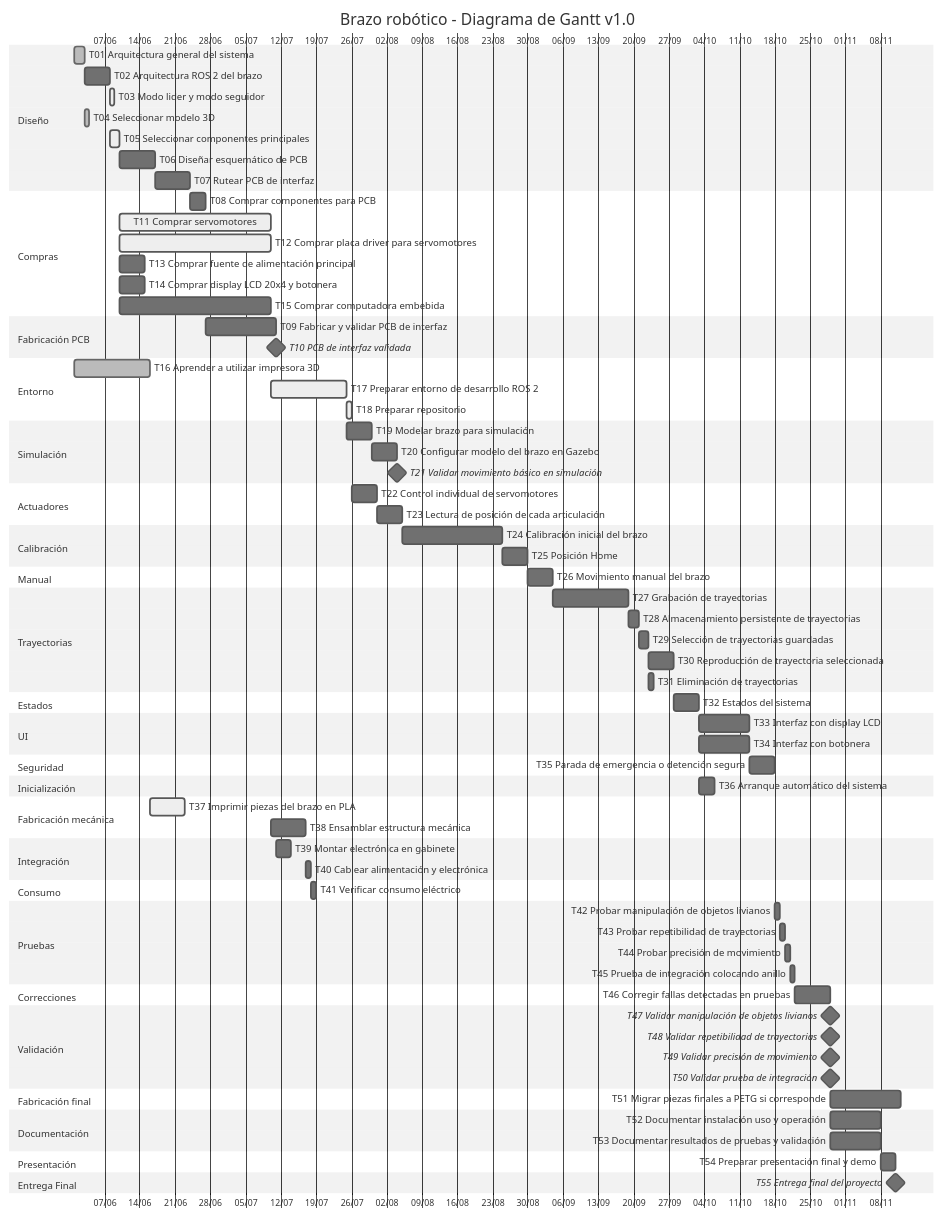
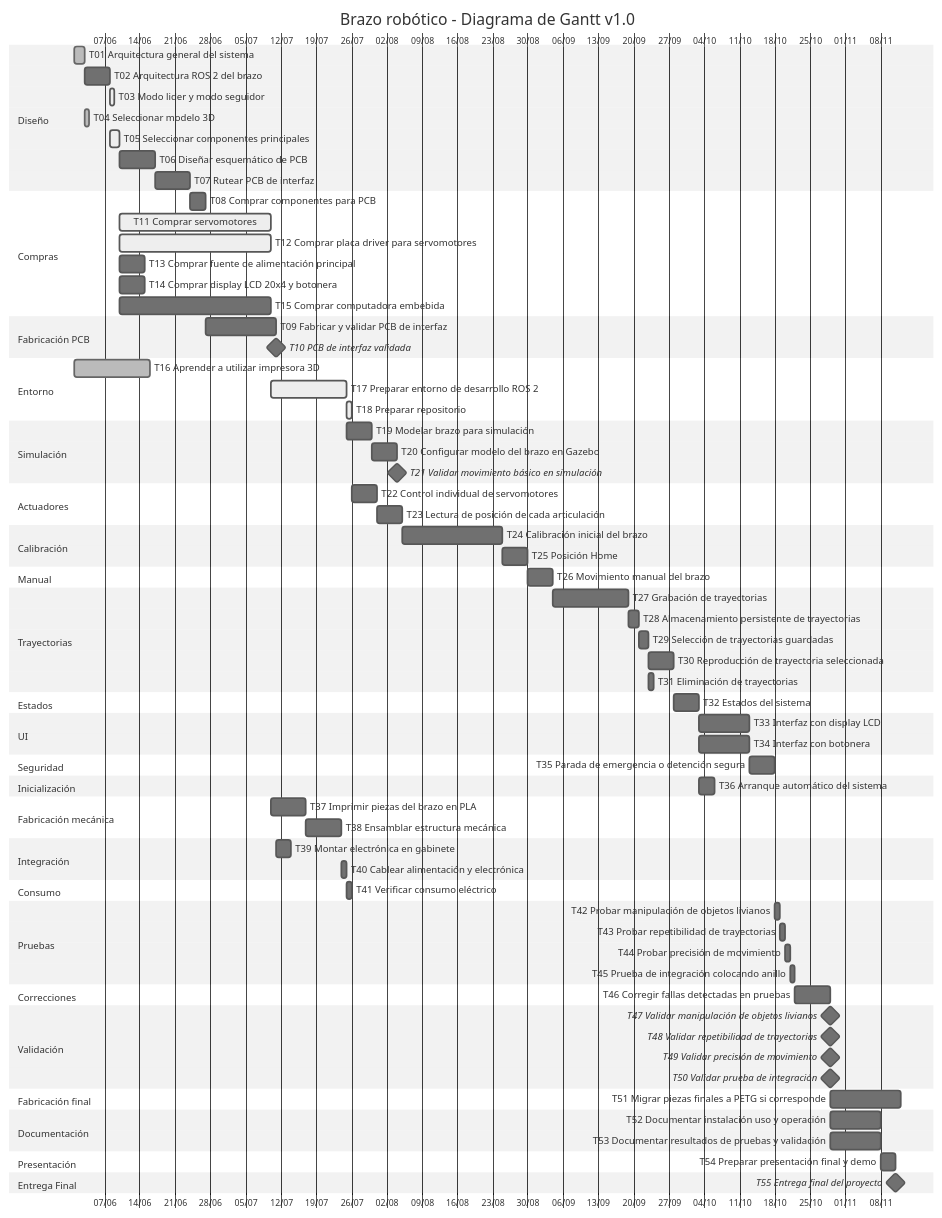
Before and after one commit to ealegremendoza/BrazoRobotico: the diagram in doc/md/gantt.md, drawn with Mermaid (neutral theme).

```diff
--- a/doc/md/gantt.md
+++ b/doc/md/gantt.md
@@ -71,7 +71,7 @@
     T36 Arranque automático del sistema                      :t36, after t15 t17 t18 t32, 3d
 
     section Fabricación mecánica
-    T37 Imprimir piezas del brazo en PLA                     :active, t37, after t04 t16, 7d
+    T37 Imprimir piezas del brazo en PLA                     :t37, after t04 t11 t16, 7d
     T38 Ensamblar estructura mecánica                        :t38, after t11 t37, 7d
 
     section Integración
```
